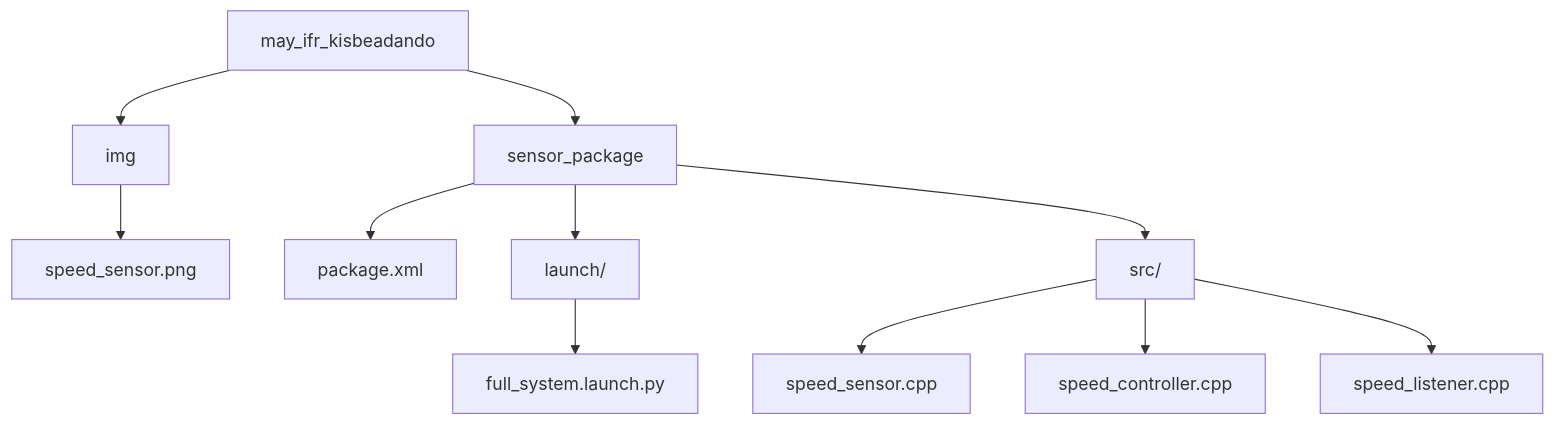
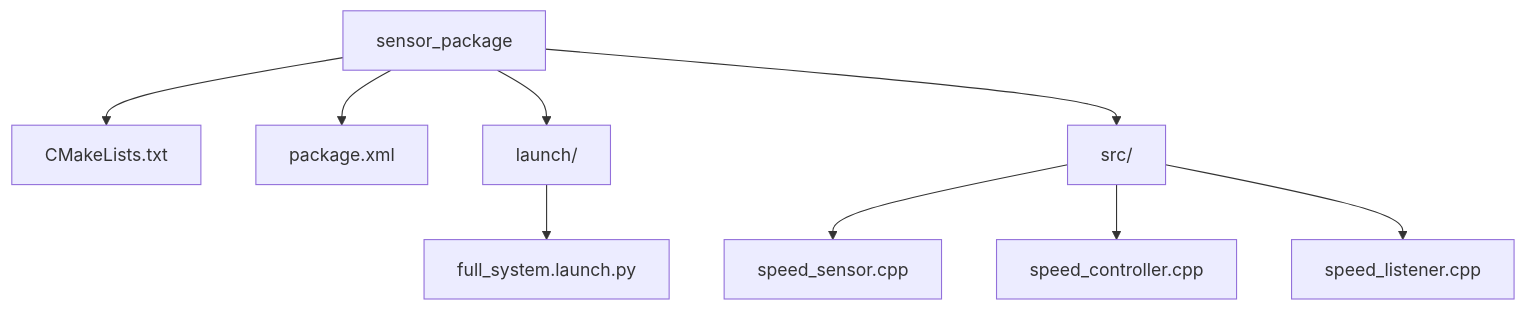
Before and after one commit to mayermarci65/may_ifr_kisbeadando: the second of 2 diagrams in README.md, drawn with Mermaid. The commit also changed other lines of this file, not shown here.

Commit message:
Update mermaid diagram in README.md

````diff
--- a/README.md
+++ b/README.md
@@ -86,13 +86,11 @@
 ```mermaid
 graph TD
-A[may_ifr_kisbeadando] --> B[sensor_package]
-A --> F[img]
-F --> F1[speed_sensor.png]
-B --> C[package.xml]
-B --> D[launch/]
+A[sensor_package] --> B[CMakeLists.txt]
+A --> C[package.xml]
+A --> D[launch/]
 D --> D1[full_system.launch.py]
-B --> E[src/]
+A --> E[src/]
 E --> E1[speed_sensor.cpp]
 E --> E2[speed_controller.cpp]
 E --> E3[speed_listener.cpp]
 ```
````
